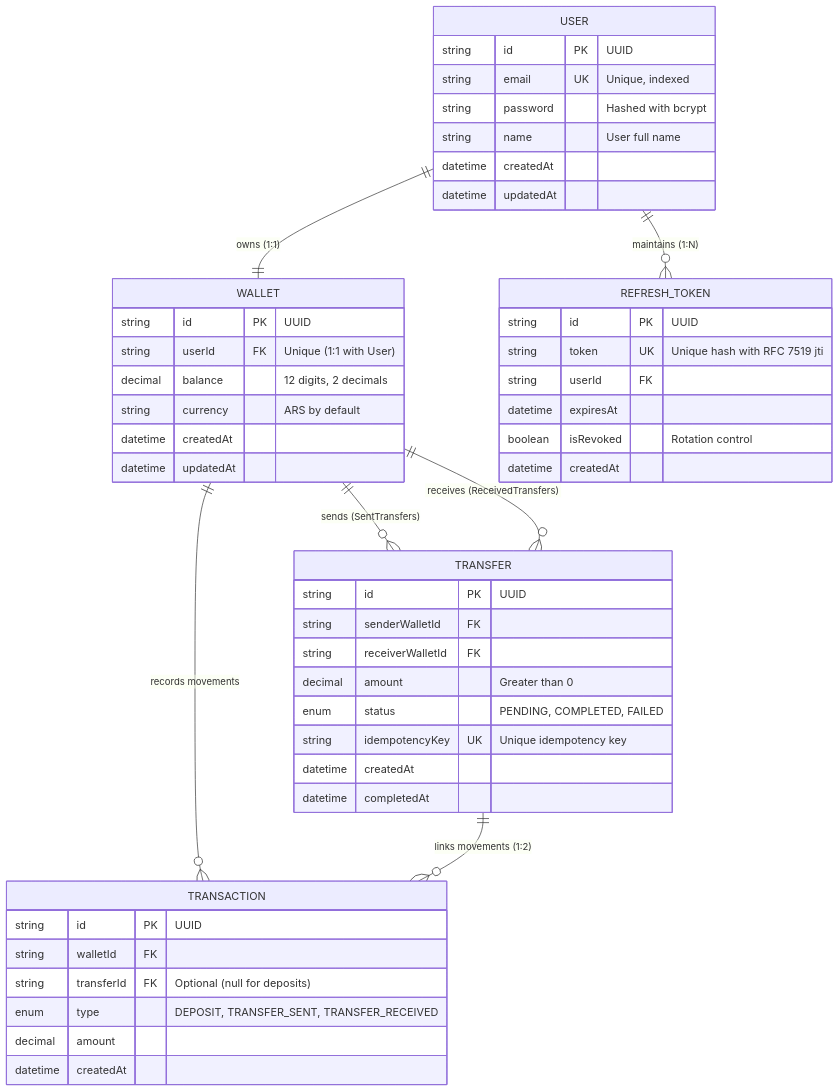
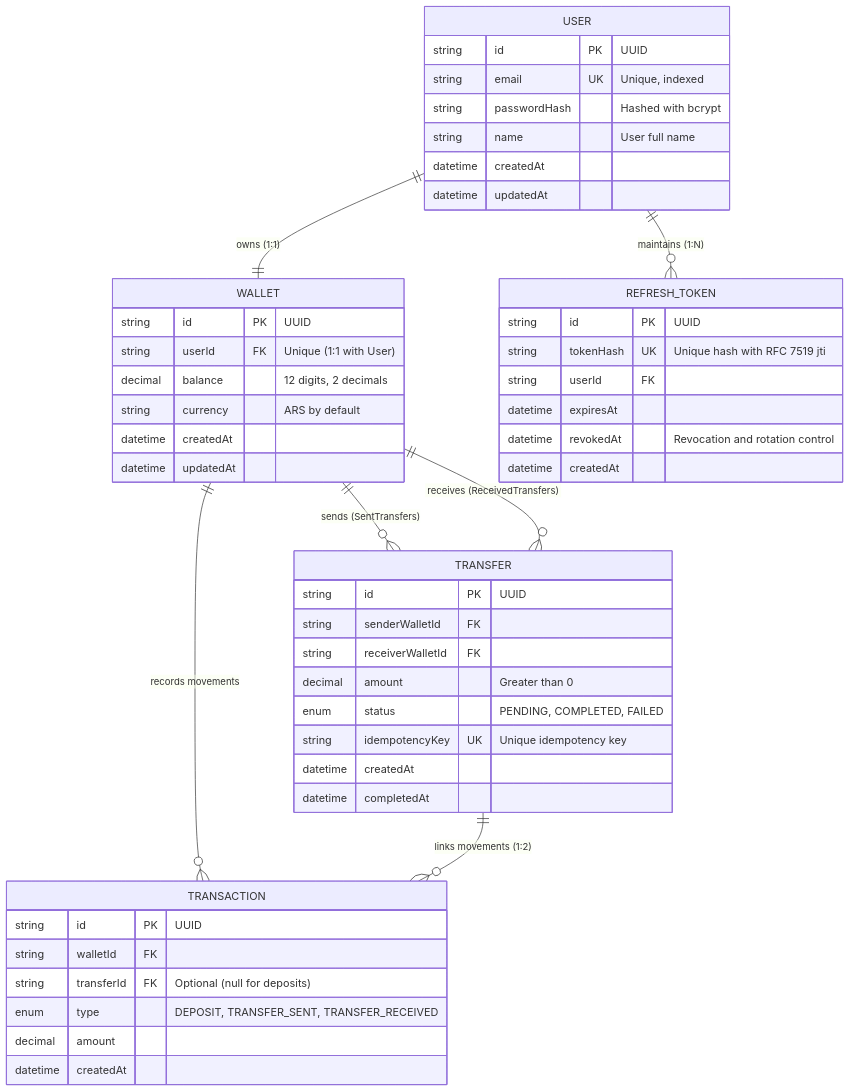
The second of 2 diagrams in README.md (Calegaris/proyecto-4-minipay), drawn with Mermaid before and after one commit. The commit also changed other lines of this file, not shown here.

````diff
--- a/README.md
+++ b/README.md
@@ -194,56 +224,56 @@
 ```mermaid
 erDiagram
     USER ||--|| WALLET : "owns (1:1)"
     USER ||--o{ REFRESH_TOKEN : "maintains (1:N)"
     WALLET ||--o{ TRANSFER : "sends (SentTransfers)"
     WALLET ||--o{ TRANSFER : "receives (ReceivedTransfers)"
     WALLET ||--o{ TRANSACTION : "records movements"
     TRANSFER ||--o{ TRANSACTION : "links movements (1:2)"
 
     USER {
         string id PK "UUID"
         string email UK "Unique, indexed"
-        string password "Hashed with bcrypt"
+        string passwordHash "Hashed with bcrypt"
         string name "User full name"
         datetime createdAt
         datetime updatedAt
     }
 
     WALLET {
         string id PK "UUID"
         string userId FK "Unique (1:1 with User)"
         decimal balance "12 digits, 2 decimals"
         string currency "ARS by default"
         datetime createdAt
         datetime updatedAt
     }
 
     TRANSFER {
         string id PK "UUID"
         string senderWalletId FK
         string receiverWalletId FK
         decimal amount "Greater than 0"
         enum status "PENDING, COMPLETED, FAILED"
         string idempotencyKey UK "Unique idempotency key"
         datetime createdAt
         datetime completedAt
     }
 
     TRANSACTION {
         string id PK "UUID"
         string walletId FK
         string transferId FK "Optional (null for deposits)"
         enum type "DEPOSIT, TRANSFER_SENT, TRANSFER_RECEIVED"
         decimal amount
         datetime createdAt
     }
 
     REFRESH_TOKEN {
         string id PK "UUID"
-        string token UK "Unique hash with RFC 7519 jti"
+        string tokenHash UK "Unique hash with RFC 7519 jti"
         string userId FK
         datetime expiresAt
-        boolean isRevoked "Rotation control"
+        datetime revokedAt "Revocation and rotation control"
         datetime createdAt
     }
 ```
````
